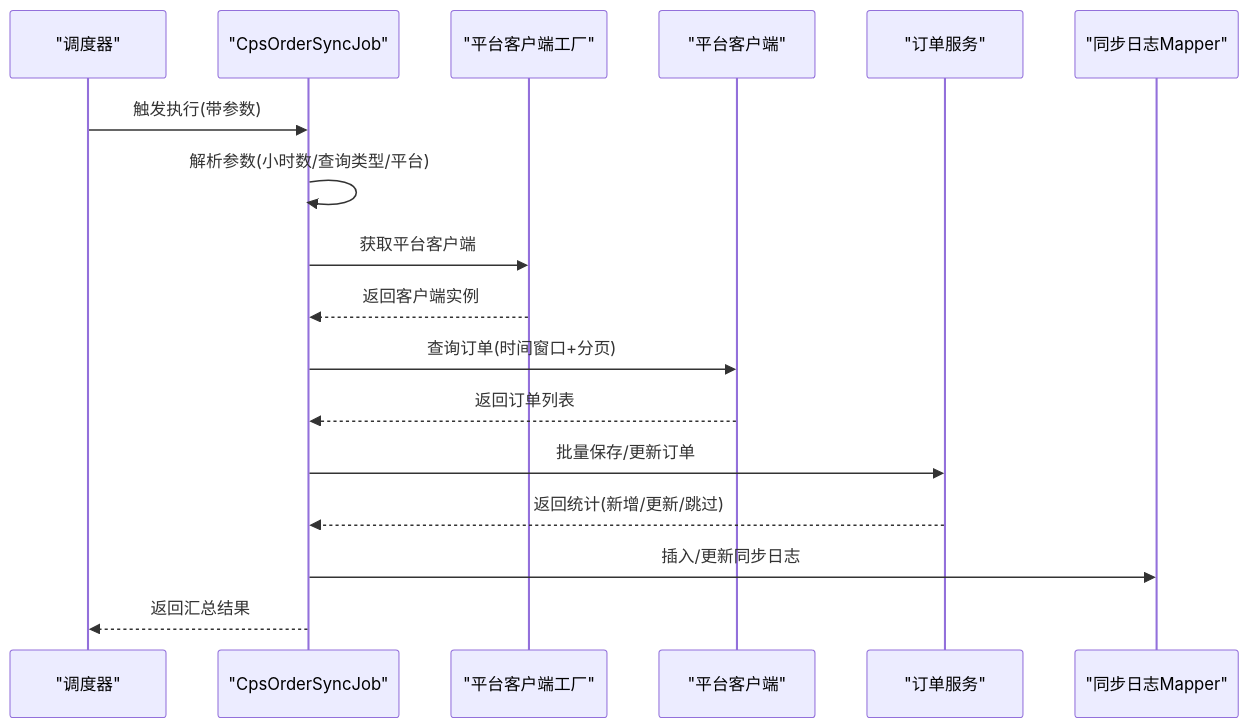
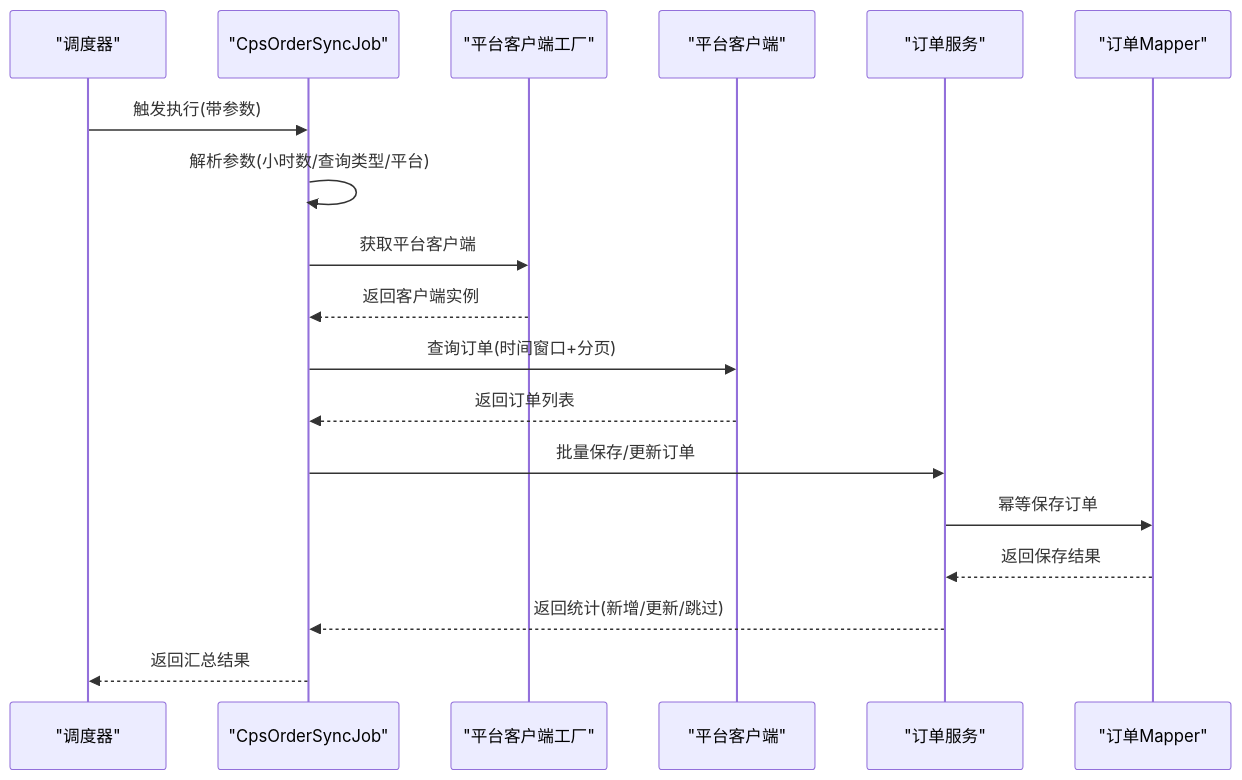
Before and after one commit to zhuangpengLI/AgenticCPS: the second of 6 diagrams in .qoder/repowiki/zh/content/后端服务架构/业务模块概览/CPS业务模块/订单管理系统.md, drawn with Mermaid. The commit also changed other lines of this file and 42 other files, not shown here.

````diff
--- a/.qoder/repowiki/zh/content/后端服务架构/业务模块概览/CPS业务模块/订单管理系统.md
+++ b/.qoder/repowiki/zh/content/后端服务架构/业务模块概览/CPS业务模块/订单管理系统.md
@@ -94,19 +123,20 @@
 ```mermaid
 sequenceDiagram
 participant Scheduler as "调度器"
 participant Job as "CpsOrderSyncJob"
 participant Factory as "平台客户端工厂"
 participant Client as "平台客户端"
 participant Service as "订单服务"
-participant LogMapper as "同步日志Mapper"
+participant Mapper as "订单Mapper"
 Scheduler->>Job : 触发执行(带参数)
 Job->>Job : 解析参数(小时数/查询类型/平台)
 Job->>Factory : 获取平台客户端
 Factory-->>Job : 返回客户端实例
 Job->>Client : 查询订单(时间窗口+分页)
 Client-->>Job : 返回订单列表
 Job->>Service : 批量保存/更新订单
+Service->>Mapper : 幂等保存订单
+Mapper-->>Service : 返回保存结果
 Service-->>Job : 返回统计(新增/更新/跳过)
-Job->>LogMapper : 插入/更新同步日志
 Job-->>Scheduler : 返回汇总结果
 ```
````
